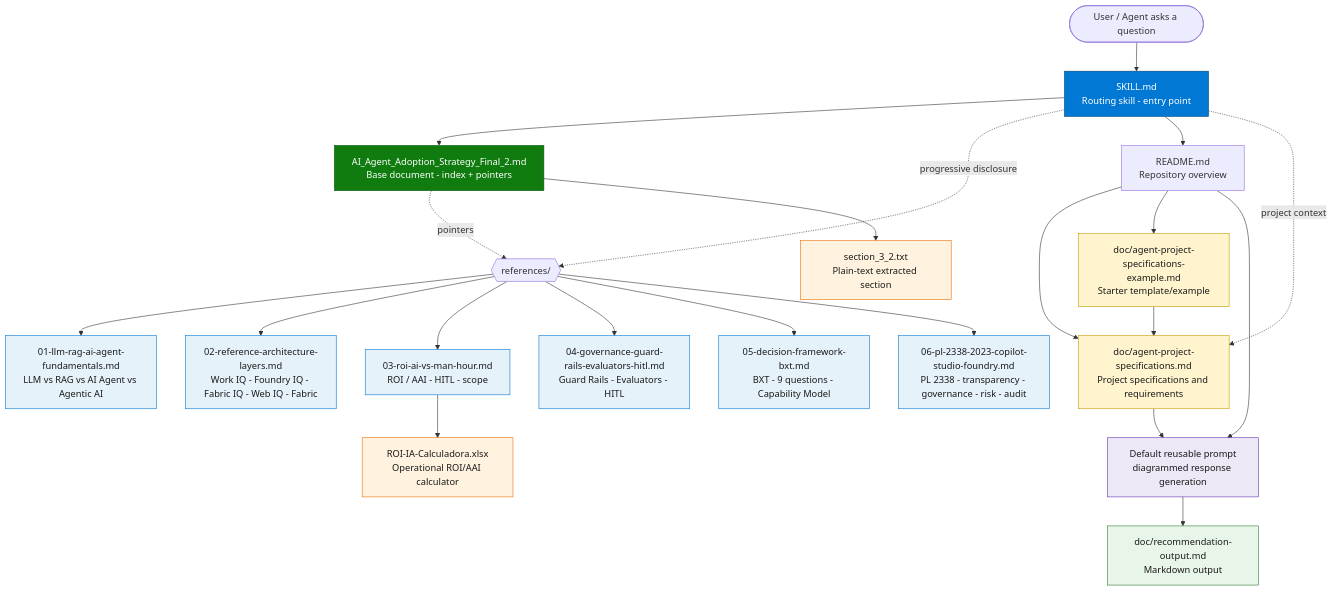
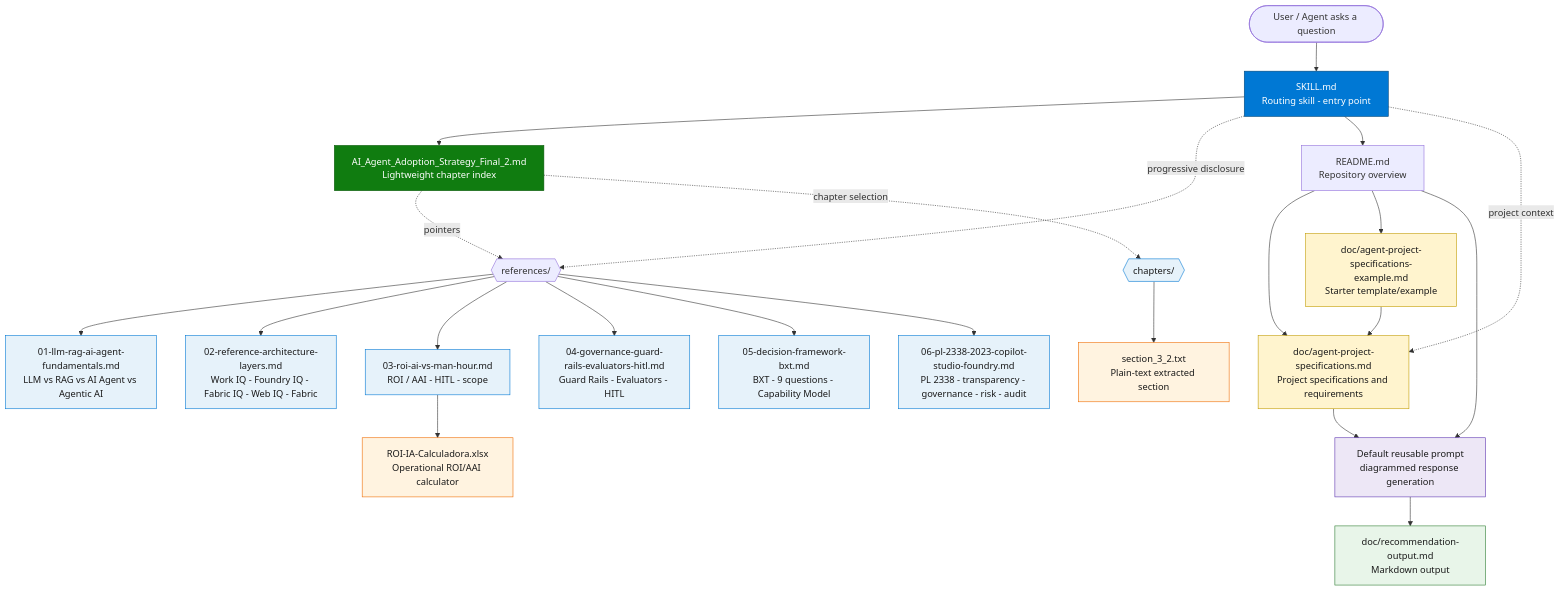
The first of 2 diagrams in README.md (fabioharams/hubsp-ai-skill), drawn with Mermaid before and after one commit. The commit also changed other lines of this file and 26 other files, not shown here.

````diff
--- a/README.md
+++ b/README.md
@@ -40,41 +41,42 @@
 ```mermaid
 graph TD
     USER([User / Agent asks a question]) --> SKILL[SKILL.md<br/>Routing skill - entry point]
-    SKILL --> CANON[AI_Agent_Adoption_Strategy_Final_2.md<br/>Base document - index + pointers]
+   SKILL --> CANON[AI_Agent_Adoption_Strategy_Final_2.md<br/>Lightweight chapter index]
 
     SKILL -. progressive disclosure .-> REF{{references/}}
     CANON -. pointers .-> REF
+   CANON -. chapter selection .-> CHAPTERS{{chapters/}}
 
       REF --> R1[01-llm-rag-ai-agent-fundamentals.md<br/>LLM vs RAG vs AI Agent vs Agentic AI]
       REF --> R2[02-reference-architecture-layers.md<br/>Work IQ - Foundry IQ - Fabric IQ - Web IQ - Fabric]
       REF --> R3[03-roi-ai-vs-man-hour.md<br/>ROI / AAI - HITL - scope]
       REF --> R4[04-governance-guard-rails-evaluators-hitl.md<br/>Guard Rails - Evaluators - HITL]
       REF --> R5[05-decision-framework-bxt.md<br/>BXT - 9 questions - Capability Model]
       REF --> R6[06-pl-2338-2023-copilot-studio-foundry.md<br/>PL 2338 - transparency - governance - risk - audit]
 
     SKILL --> README[README.md<br/>Repository overview]
    README --> DOC[doc/agent-project-specifications.md<br/>Project specifications and requirements]
    README --> DOCEX[doc/agent-project-specifications-example.md<br/>Starter template/example]
    SKILL -. project context .-> DOC
    DOCEX --> DOC
    README --> PROMPT[Default reusable prompt<br/>diagrammed response generation]
    DOC --> PROMPT
    PROMPT --> OUTMD[doc/recommendation-output.md<br/>Markdown output]
    R3 --> XLSX[ROI-IA-Calculadora.xlsx<br/>Operational ROI/AAI calculator]
-   CANON --> TXT[section_3_2.txt<br/>Plain-text extracted section]
+   CHAPTERS --> TXT[section_3_2.txt<br/>Plain-text extracted section]
 
     classDef entry fill:#0078D4,stroke:#004578,color:#fff;
     classDef canon fill:#107C10,stroke:#0B5A0B,color:#fff;
     classDef ref fill:#E6F2FA,stroke:#0078D4,color:#1a1a1a;
    classDef doc fill:#FFF4CE,stroke:#C19C00,color:#1a1a1a;
    classDef prompt fill:#EDE7F6,stroke:#5E35B1,color:#1a1a1a;
    classDef output fill:#E8F5E9,stroke:#2E7D32,color:#1a1a1a;
    classDef artifact fill:#FFF3E0,stroke:#EF6C00,color:#1a1a1a;
     class SKILL entry;
     class CANON canon;
-   class R1,R2,R3,R4,R5,R6 ref;
+   class R1,R2,R3,R4,R5,R6,CHAPTERS ref;
    class DOC,DOCEX doc;
    class PROMPT prompt;
    class OUTMD output;
    class XLSX,TXT artifact;
 ```
````
